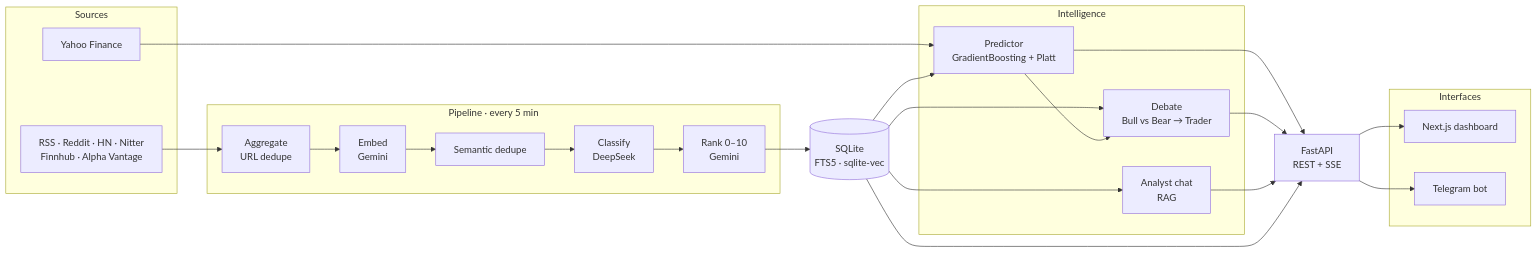
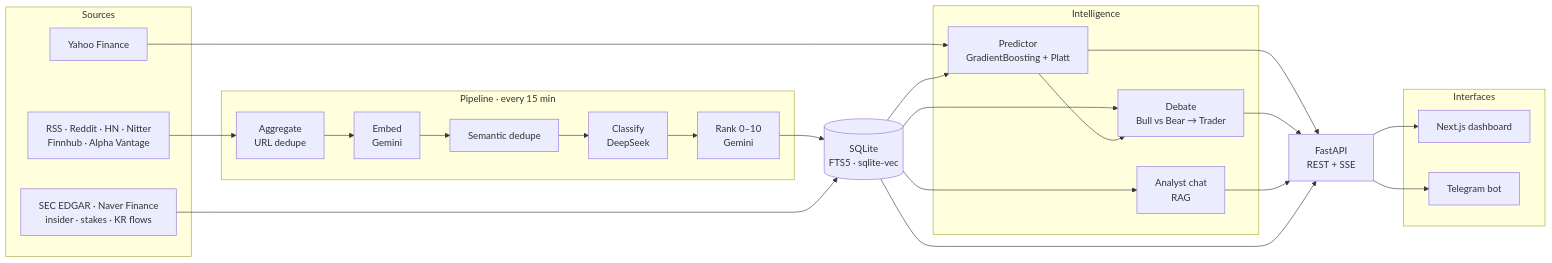
One commit to c0vo/Deus changed the diagram in README.md. Above: the diagram before and after it, drawn with Mermaid. The commit also changed other lines of this file and 69 other files, not shown here.

````diff
--- a/README.md
+++ b/README.md
@@ -25,45 +27,47 @@
 ```mermaid
 flowchart LR
     subgraph SOURCES["Sources"]
         NEWS["RSS · Reddit · HN · Nitter<br/>Finnhub · Alpha Vantage"]
         PRICES["Yahoo Finance"]
+        SM["SEC EDGAR · Naver Finance<br/>insider · stakes · KR flows"]
     end
 
-    subgraph PIPELINE["Pipeline · every 5 min"]
+    subgraph PIPELINE["Pipeline · every 15 min"]
         AGG["Aggregate<br/>URL dedupe"]
         EMB["Embed<br/>Gemini"]
         SEM["Semantic dedupe"]
         CLS["Classify<br/>DeepSeek"]
         RNK["Rank 0–10<br/>Gemini"]
         AGG --> EMB --> SEM --> CLS --> RNK
     end
 
     DB[("SQLite<br/>FTS5 · sqlite-vec")]
 
     subgraph BRAIN["Intelligence"]
         ML["Predictor<br/>GradientBoosting + Platt"]
         DEB["Debate<br/>Bull vs Bear → Trader"]
         RAG["Analyst chat<br/>RAG"]
     end
 
     SRV["FastAPI<br/>REST + SSE"]
 
     subgraph UI["Interfaces"]
         WEB["Next.js dashboard"]
         TG["Telegram bot"]
     end
 
     NEWS --> AGG
     RNK --> DB
     PRICES --> ML
+    SM --> DB
     DB --> ML
     DB --> DEB
     DB --> RAG
     ML --> DEB
     ML --> SRV
     DEB --> SRV
     RAG --> SRV
     DB --> SRV
     SRV --> WEB
     SRV --> TG
 ```
````
